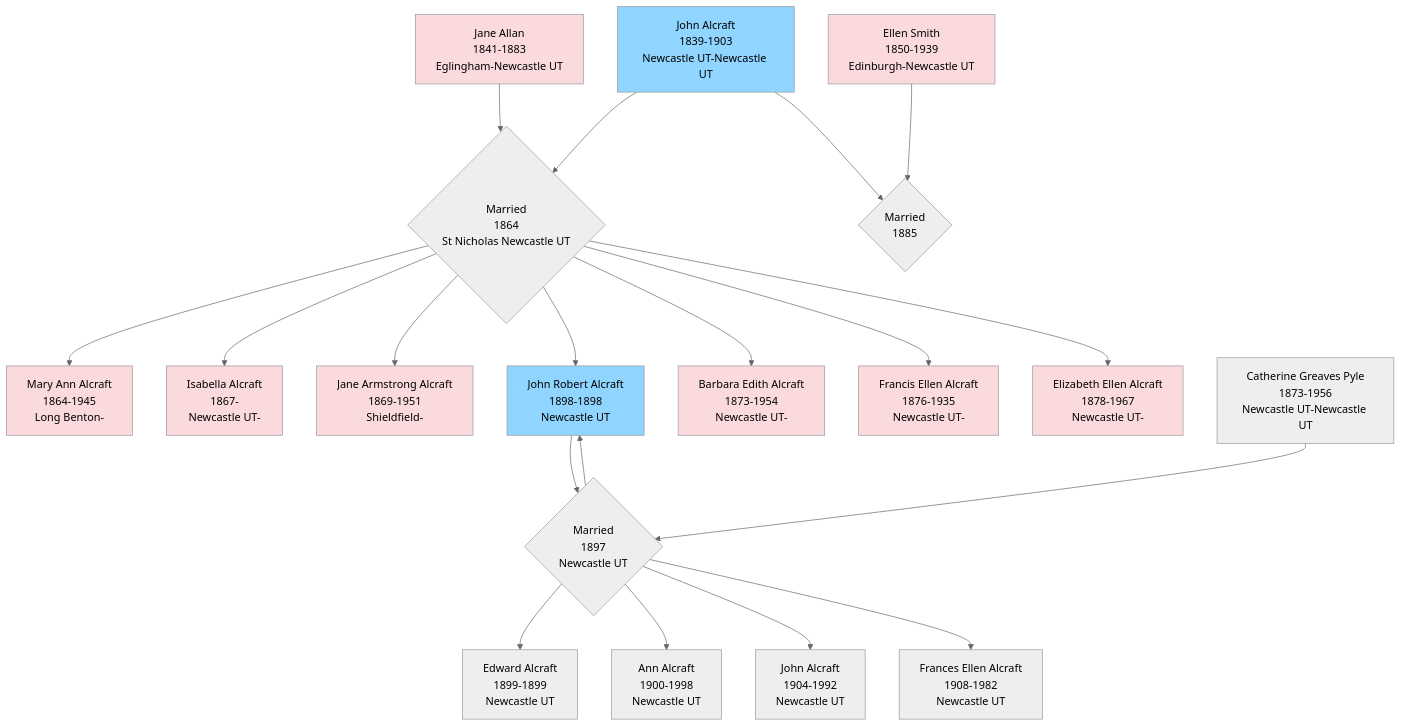
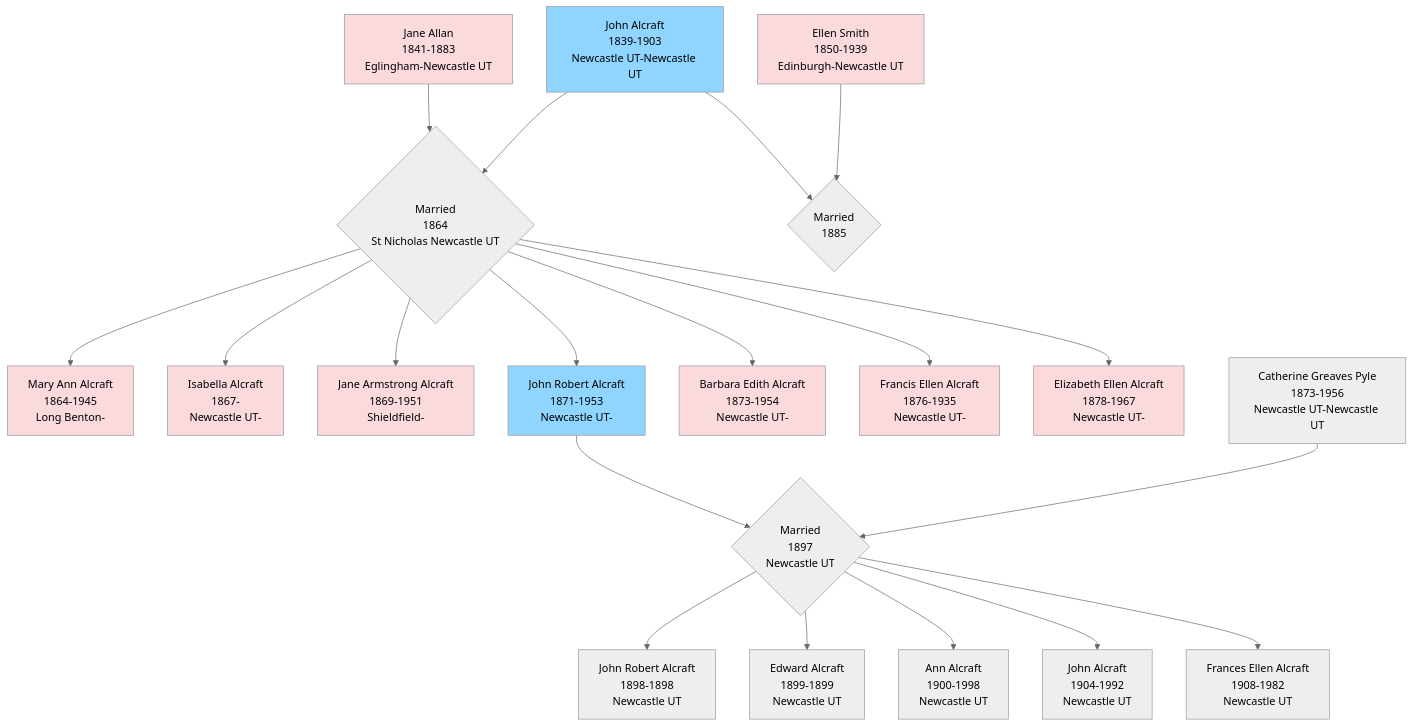
Before and after one commit to RachelAlcraft/family-tree: the diagram in docs/index.md, drawn with Mermaid (neutral theme).

````diff
--- a/docs/index.md
+++ b/docs/index.md
@@ -6,39 +6,39 @@
 ``` mermaid
 flowchart TD  
 JA1[John Alcraft\n1839-1903\nNewcastle UT-Newcastle UT] --> JAJA{Married\n1864\nSt Nicholas Newcastle UT};
 JA2[Jane Allan\n1841-1883\nEglingham-Newcastle UT] --> JAJA;
 ES[Ellen Smith\n1850-1939\nEdinburgh-Newcastle UT] --> JAES{Married\n1885};
 JA1 --> JAES
 JAJA -->MAA[Mary Ann Alcraft\n1864-1945\nLong Benton-];
 JAJA -->IA[Isabella Alcraft\n1867-\nNewcastle UT-];
 JAJA -->JAA[Jane Armstrong Alcraft\n1869-1951\nShieldfield-];
 JAJA -->JRA[John Robert Alcraft\n1871-1953\nNewcastle UT-];
 JAJA -->BEA[Barbara Edith Alcraft\n1873-1954\nNewcastle UT-];
 JAJA -->FEA[Francis Ellen Alcraft\n1876-1935\nNewcastle UT-];
 JAJA -->EEA[Elizabeth Ellen Alcraft\n1878-1967\nNewcastle UT-];
 JRA --> JRACGP{Married\n1897\nNewcastle UT};
 CGP[Catherine Greaves Pyle\n1873-1956\nNewcastle UT-Newcastle UT];
 CGP --> JRACGP;
-JRACGP --> JRA[John Robert Alcraft\n1898-1898\nNewcastle UT];
+JRACGP --> JRA2[John Robert Alcraft\n1898-1898\nNewcastle UT];
 JRACGP --> EA[Edward Alcraft\n1899-1899\nNewcastle UT];
 JRACGP --> AA[Ann Alcraft\n1900-1998\nNewcastle UT];
 JRACGP --> JA3[John Alcraft\n1904-1992\nNewcastle UT];
 JRACGP --> FEA2[Frances Ellen Alcraft\n1908-1982\nNewcastle UT];
 
 style JA1 fill:#90d5ff
 click JA1 "jones" "JA1"
 style JRA fill:#90d5ff
 
 style JA2 fill:#FADADD
 click JA2 "jones" "JA2"
 style ES fill:#FADADD
 style MAA fill:#FADADD
 style IA fill:#FADADD
 style JAA fill:#FADADD
 style BEA fill:#FADADD
 style FEA fill:#FADADD
 style EEA fill:#FADADD
 
 
 
 ```
````
